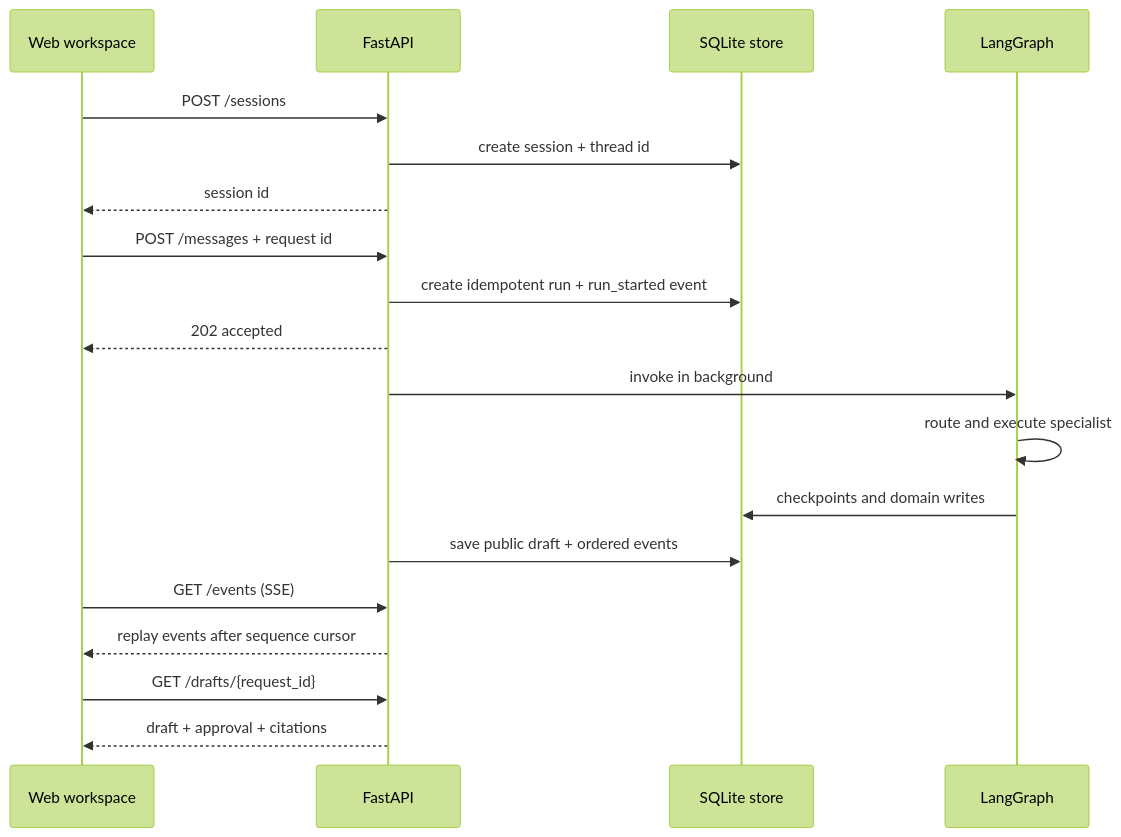
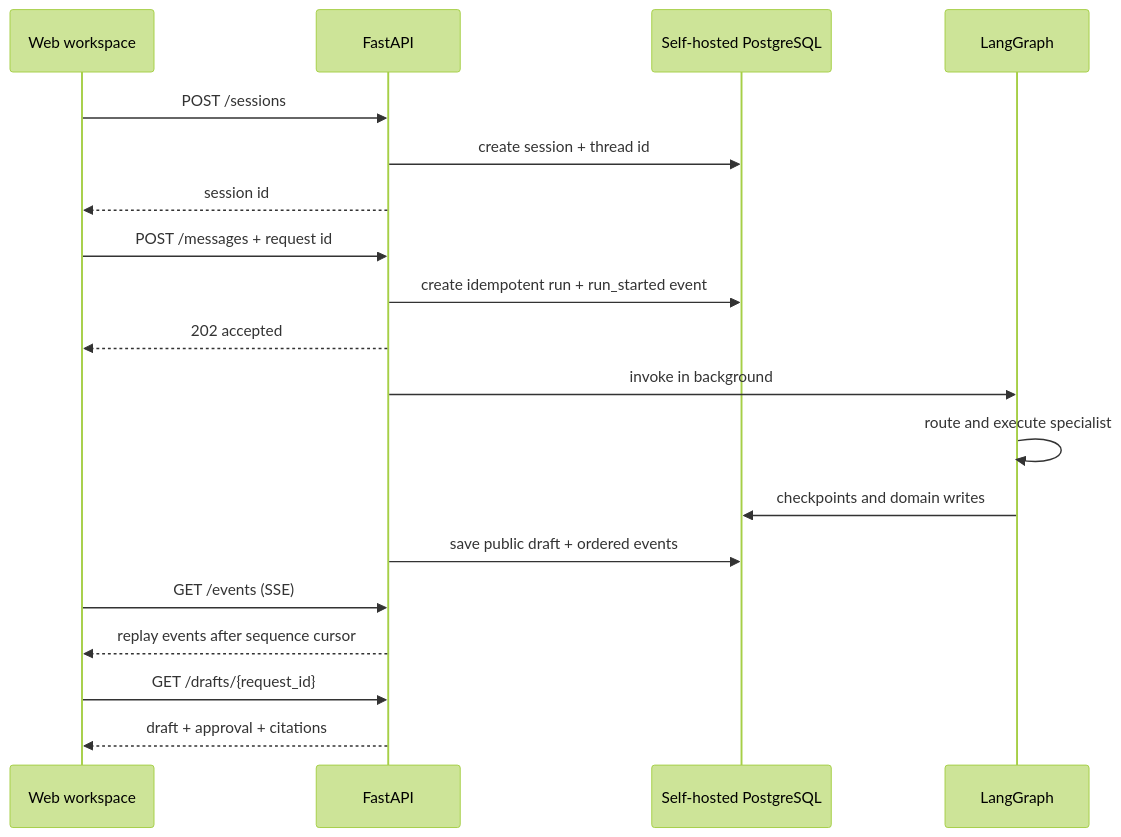
Before and after one commit to MengC-OvO/easy-teaching: the diagram in docs/architecture.md, drawn with Mermaid (forest theme). The commit also changed other lines of this file and 33 other files, not shown here.

````diff
--- a/docs/architecture.md
+++ b/docs/architecture.md
@@ -8,22 +8,22 @@
 ```mermaid
 sequenceDiagram
     participant UI as Web workspace
     participant API as FastAPI
-    participant DB as SQLite store
+    participant DB as Self-hosted PostgreSQL
     participant G as LangGraph
 
     UI->>API: POST /sessions
     API->>DB: create session + thread id
     API-->>UI: session id
     UI->>API: POST /messages + request id
     API->>DB: create idempotent run + run_started event
     API-->>UI: 202 accepted
     API->>G: invoke in background
     G->>G: route and execute specialist
     G->>DB: checkpoints and domain writes
     API->>DB: save public draft + ordered events
     UI->>API: GET /events (SSE)
     API-->>UI: replay events after sequence cursor
     UI->>API: GET /drafts/{request_id}
     API-->>UI: draft + approval + citations
 ```
````
